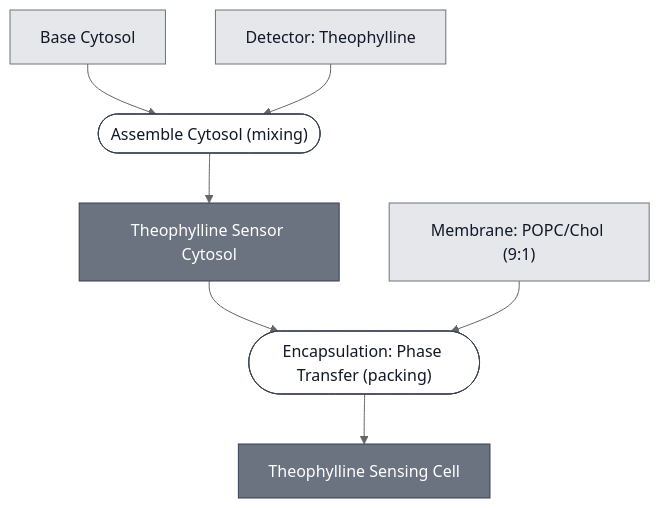
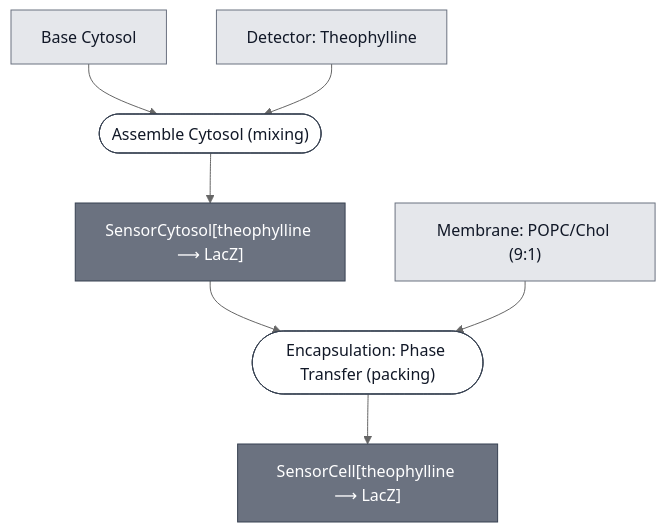
The diagram in docs/modules/theophylline-sensing-cell/spec.md (nucleus-eng/nucleus-docs), drawn with Mermaid (neutral theme) before and after one commit. The commit also changed other lines of this file and 12 other files, not shown here.

````diff
--- a/docs/modules/theophylline-sensing-cell/spec.md
+++ b/docs/modules/theophylline-sensing-cell/spec.md
@@ -29,35 +29,35 @@
 ```mermaid
 flowchart TD
     BASE_CYTOSOL["Base Cytosol"]
     DETECTOR_THEOPHYLLINE["Detector: Theophylline"]
     MEMBRANE_CHICAGO["Membrane: POPC/Chol (9:1)"]
 
     P1_ASSEMBLE_CYTOSOL_0(["Assemble Cytosol (mixing)"])
-    THEOPHYLLINE_SENSOR_CYTOSOL["Theophylline Sensor Cytosol"]
+    THEOPHYLLINE_SENSOR_CYTOSOL["SensorCytosol[theophylline ⟶ LacZ]"]
     P2_ENCAPSULATE_0(["Encapsulation: Phase Transfer (packing)"])
-    THEOPHYLLINE_SENSING_CELL["Theophylline Sensing Cell"]
+    THEOPHYLLINE_SENSING_CELL["SensorCell[theophylline ⟶ LacZ]"]
 
     BASE_CYTOSOL --> P1_ASSEMBLE_CYTOSOL_0
     DETECTOR_THEOPHYLLINE --> P1_ASSEMBLE_CYTOSOL_0
     P1_ASSEMBLE_CYTOSOL_0 --> THEOPHYLLINE_SENSOR_CYTOSOL
 
     THEOPHYLLINE_SENSOR_CYTOSOL --> P2_ENCAPSULATE_0
     MEMBRANE_CHICAGO --> P2_ENCAPSULATE_0
     P2_ENCAPSULATE_0 --> THEOPHYLLINE_SENSING_CELL
 
 
     classDef leaf     fill:#e5e7eb,stroke:#6b7280,color:#111827;
     classDef composed fill:#6b7280,stroke:#374151,color:#ffffff;
     classDef process  fill:#ffffff,stroke:#374151,color:#111827;
     class BASE_CYTOSOL,DETECTOR_THEOPHYLLINE,MEMBRANE_CHICAGO leaf;
     class THEOPHYLLINE_SENSOR_CYTOSOL,THEOPHYLLINE_SENSING_CELL composed;
     class P1_ASSEMBLE_CYTOSOL_0,P2_ENCAPSULATE_0 process;
 
     click BASE_CYTOSOL "/docs/modules/base-cytosol/spec"
     click DETECTOR_THEOPHYLLINE "/docs/modules/detector-theophylline/spec"
     click MEMBRANE_CHICAGO "/docs/modules/membrane-popc-chol-9-1/spec"
     click P1_ASSEMBLE_CYTOSOL_0 "/docs/processes/assemble-cytosol/assemble-cytosol-main"
     click THEOPHYLLINE_SENSOR_CYTOSOL "/docs/modules/theophylline-sensor-cytosol/spec"
     click P2_ENCAPSULATE_0 "/docs/processes/assemble-base-cell/main"
     click THEOPHYLLINE_SENSING_CELL "/docs/modules/theophylline-sensing-cell/spec"
 ```
````
